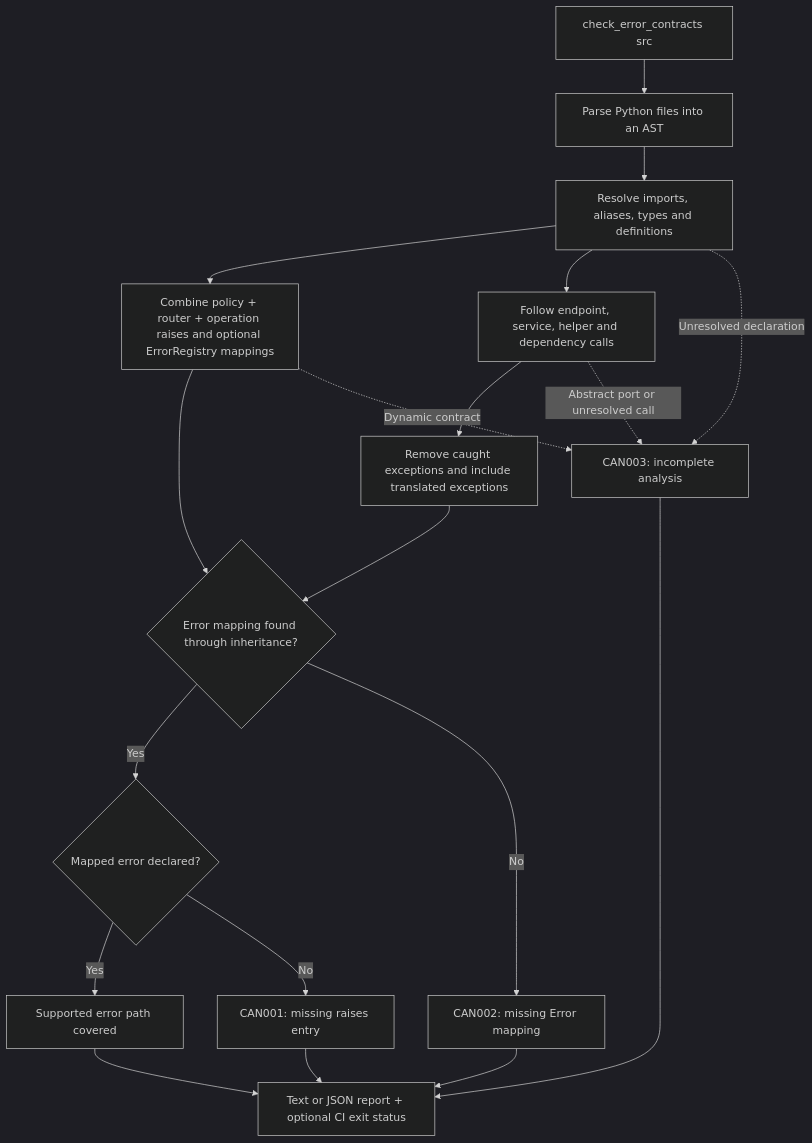
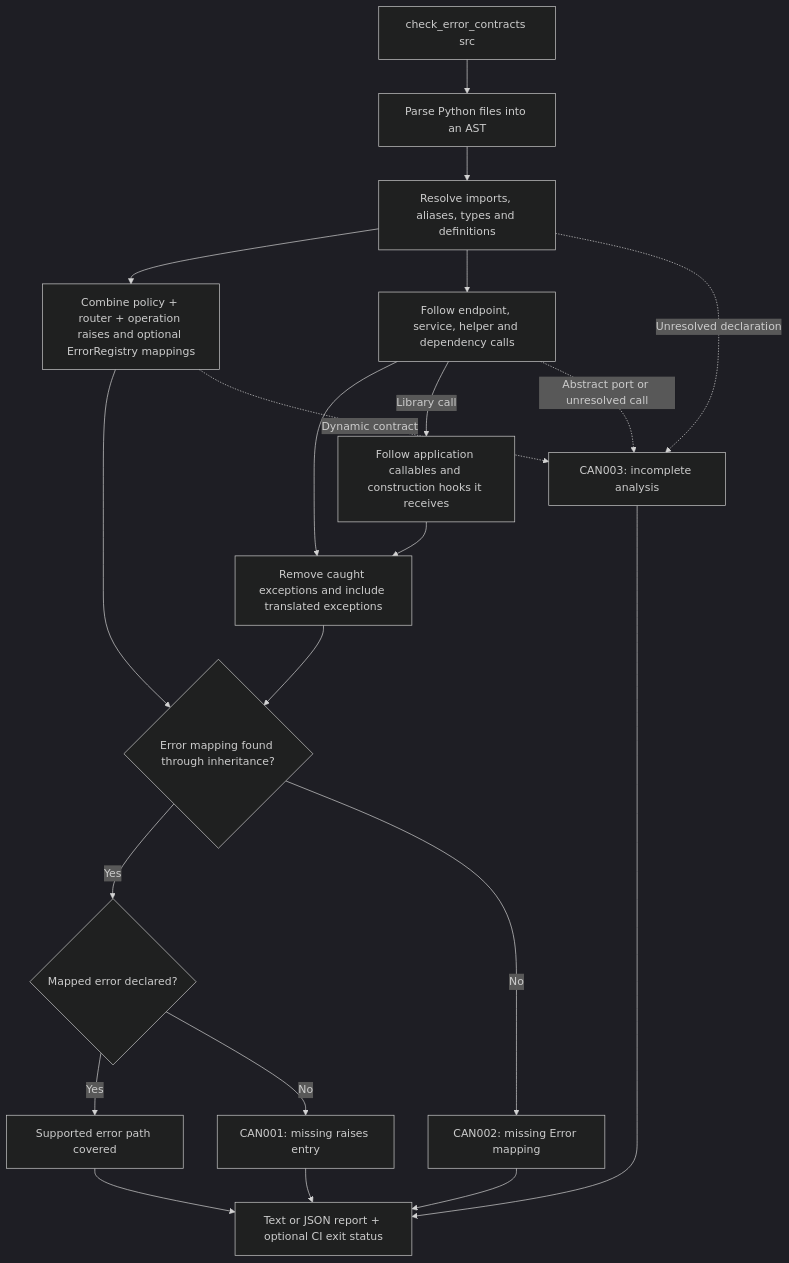
One commit to mathisarends/fastapi-canon changed the diagram in docs/error-checking.md. Above: the diagram before and after it, drawn with Mermaid (dark theme). The commit also changed other lines of this file and 7 other files, not shown here.

First line of the commit message:
Treat library calls as raising no application errors in the error checker

````diff
--- a/docs/error-checking.md
+++ b/docs/error-checking.md
@@ -33,21 +33,23 @@
 ```mermaid
 flowchart TD
     CLI["check_error_contracts src"] --> AST["Parse Python files into an AST"]
     AST --> INDEX["Resolve imports, aliases, types and definitions"]
     INDEX --> CONTRACT["Combine policy + router + operation raises and optional ErrorRegistry mappings"]
     INDEX --> CALLS["Follow endpoint, service, helper and dependency calls"]
     CALLS --> HANDLING["Remove caught exceptions and include translated exceptions"]
+    CALLS -->|Library call| CALLBACKS["Follow application callables and construction hooks it receives"]
+    CALLBACKS --> HANDLING
     HANDLING --> MATCH{"Error mapping found through inheritance?"}
     CONTRACT --> MATCH
     MATCH -->|Yes| COMPARE{"Mapped error declared?"}
     COMPARE -->|Yes| COVERED["Supported error path covered"]
     COMPARE -->|No| MISSING["CAN001: missing raises entry"]
     MATCH -->|No| UNMAPPED["CAN002: missing Error mapping"]
     INDEX -.->|Unresolved declaration| UNKNOWN["CAN003: incomplete analysis"]
     CONTRACT -.->|Dynamic contract| UNKNOWN
     CALLS -.->|Abstract port or unresolved call| UNKNOWN
     COVERED --> REPORT["Text or JSON report + optional CI exit status"]
     MISSING --> REPORT
     UNMAPPED --> REPORT
     UNKNOWN --> REPORT
 ```
````
